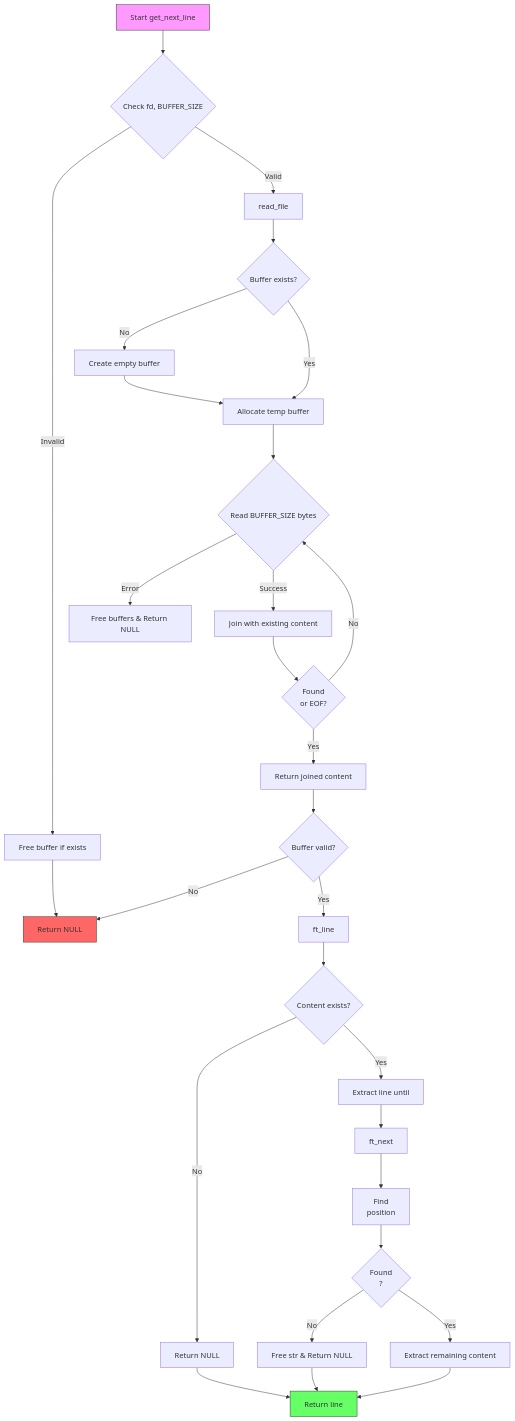
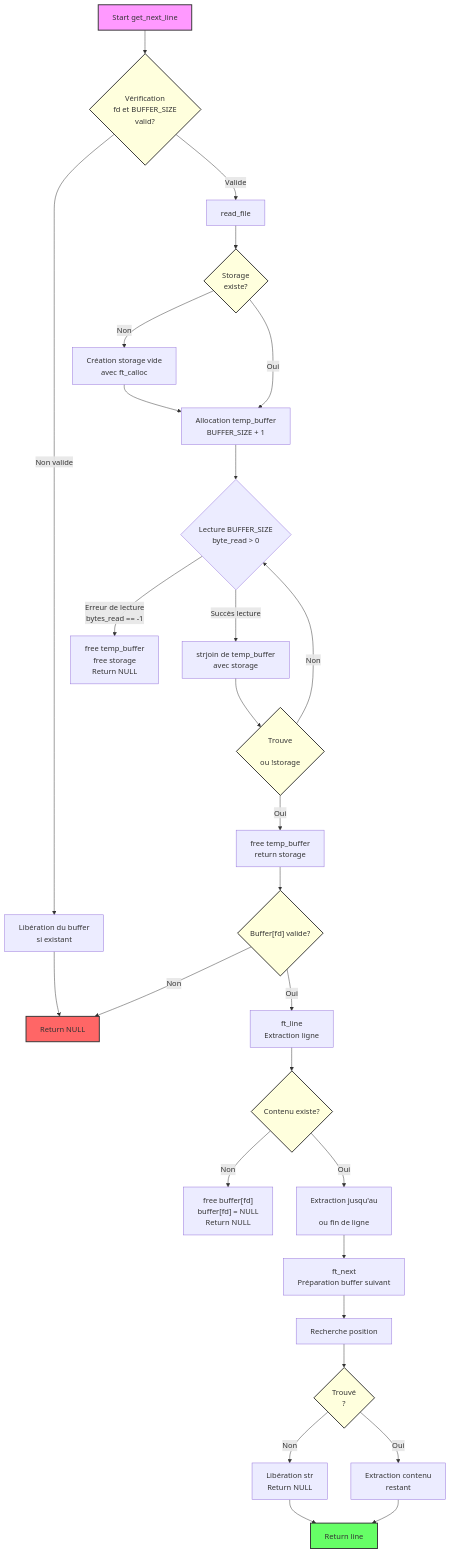
Before and after one commit to Xxzer042xX/get_next_line: the second of 2 diagrams in README.md, drawn with Mermaid. The commit also changed other lines of this file and 4 other files, not shown here.

````diff
--- a/README.md
+++ b/README.md
@@ -20,47 +41,52 @@
 ```mermaid
 
 flowchart TD
-    A[Start get_next_line] --> B{Check fd, BUFFER_SIZE}
-    B -->|Invalid| C[Free buffer if exists]
+    A[Start get_next_line] --> B{Vérification<br>fd et BUFFER_SIZE<br>valid?}
+    B -->|Non valide| C[Libération du buffer<br>si existant]
     C --> D[Return NULL]
     
-    B -->|Valid| E[read_file]
+    B -->|Valide| E[read_file]
     
-    %% read_file process
-    E --> F{Buffer exists?}
-    F -->|No| G[Create empty buffer]
-    F -->|Yes| H[Allocate temp buffer]
+    %% Processus read_file
+    E --> F{Storage<br>existe?}
+    F -->|Non| G[Création storage vide<br>avec ft_calloc]
+    F -->|Oui| H[Allocation temp_buffer<br>BUFFER_SIZE + 1]
     G --> H
-    H --> I{Read BUFFER_SIZE bytes}
-    I -->|Error| J[Free buffers & Return NULL]
-    I -->|Success| K[Join with existing content]
-    K --> L{Found \n or EOF?}
-    L -->|No| I
-    L -->|Yes| M[Return joined content]
+    H --> I{Lecture BUFFER_SIZE<br>byte_read > 0}
+    I -->|Erreur de lecture<br>bytes_read == -1| J[free temp_buffer<br>free storage<br>Return NULL]
+    I -->|Succès lecture| K[strjoin de temp_buffer<br>avec storage]
+    K --> L{Trouve \n<br>ou !storage}
+    L -->|Non| I
+    L -->|Oui| M[free temp_buffer<br>return storage]
     
-    %% Main process continues
-    M --> N{Buffer valid?}
-    N -->|No| D
-    N -->|Yes| O[ft_line]
+    %% Suite processus principal
+    M --> N{"Buffer[fd] valide?"}
+    N -->|Non| D
+    N -->|Oui| O[ft_line<br>Extraction ligne]
     
-    %% ft_line process
-    O --> P{Content exists?}
-    P -->|No| Q[Return NULL]
-    P -->|Yes| R[Extract line until \n]
+    %% Processus ft_line
+    O --> P{Contenu existe?}
+    P -->|Non| Q["free buffer[fd]<br>buffer[fd] = NULL<br>Return NULL"]
+    P -->|Oui| R[Extraction jusqu'au \n<br>ou fin de ligne]
     
-    %% ft_next process
-    R --> S[ft_next]
-    S --> T[Find \n position]
-    T --> U{Found \n?}
-    U -->|No| V[Free str & Return NULL]
-    U -->|Yes| W[Extract remaining content]
+    %% Processus ft_next
+    R --> S[ft_next<br>Préparation buffer suivant]
+    S --> T[Recherche position \n]
+    T --> U{Trouvé \n?}
+    U -->|Non| V[Libération str<br>Return NULL]
+    U -->|Oui| W[Extraction contenu<br>restant]
     
-    %% Final steps
+    %% Étapes finales
     W --> X[Return line]
     V --> X
-    Q --> X
 
-    style A fill:#f9f,stroke:#333
-    style D fill:#f66,stroke:#333
-    style X fill:#6f6,stroke:#333
+    style A fill:#f9f,stroke:#333,stroke-width:2px
+    style D fill:#f66,stroke:#333,stroke-width:2px
+    style X fill:#6f6,stroke:#333,stroke-width:2px
+    style B fill:#ffd,stroke:#333,stroke-width:2px
+    style F fill:#ffd,stroke:#333,stroke-width:2px
+    style L fill:#ffd,stroke:#333,stroke-width:2px
+    style N fill:#ffd,stroke:#333,stroke-width:2px
+    style P fill:#ffd,stroke:#333,stroke-width:2px
+    style U fill:#ffd,stroke:#333,stroke-width:2px
 ```
````
